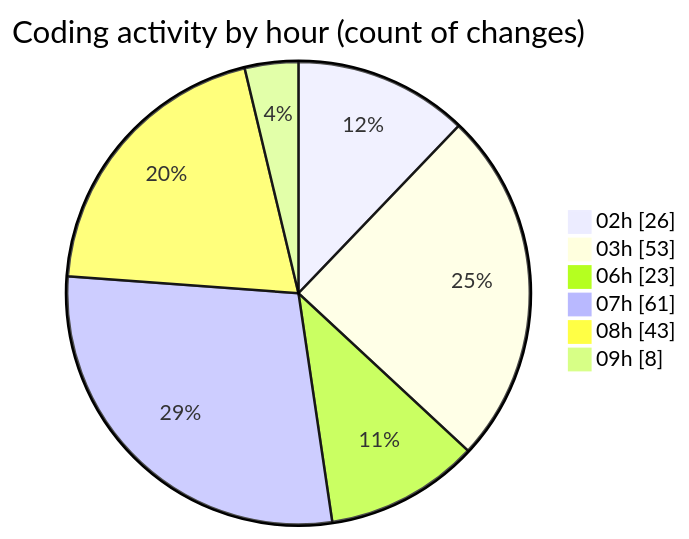
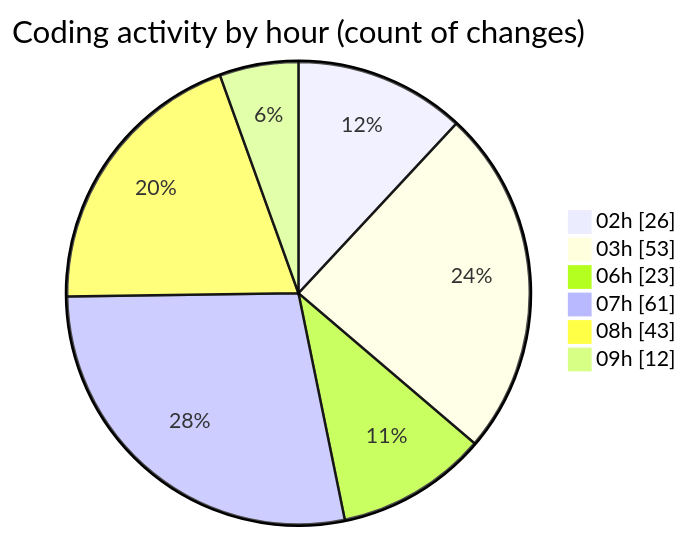
Before and after one commit to charlie-sans/code-tracking: the second of 2 diagrams in 2025-02-22/micros/README.md, drawn with Mermaid. The commit also changed other lines of this file and 1 other file, not shown here.

````diff
--- a/2025-02-22/micros/README.md
+++ b/2025-02-22/micros/README.md
@@ -74,10 +74,10 @@
 ```mermaid
 pie showData
 title Coding activity by hour (count of changes)
 "02h" : 26
 "03h" : 53
 "06h" : 23
 "07h" : 61
 "08h" : 43
-"09h" : 8
+"09h" : 12
 ```
````
